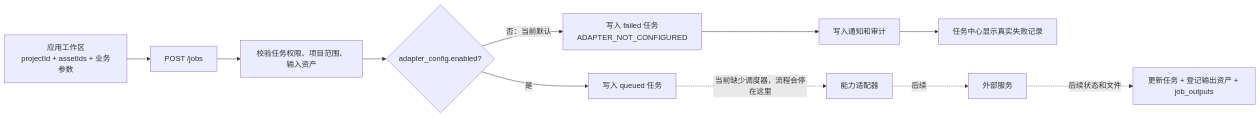
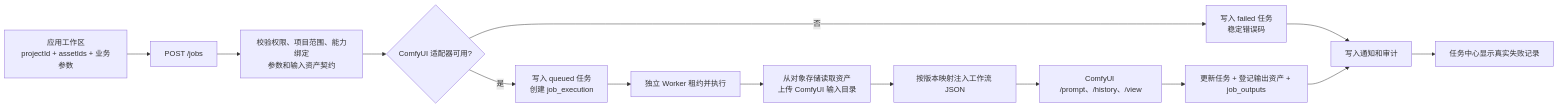
The ninth of 12 diagrams in docs/rail-platform/ARCHITECTURE.md (hywchina/vue-vben-admin), drawn with Mermaid before and after one commit. The commit also changed other lines of this file and 89 other files, not shown here.

````diff
--- a/docs/rail-platform/ARCHITECTURE.md
+++ b/docs/rail-platform/ARCHITECTURE.md
@@ -392,13 +392,16 @@
 ```mermaid
 flowchart LR
   Work["应用工作区<br/>projectId + assetIds + 业务参数"] --> JobAPI["POST /jobs"]
-  JobAPI --> Verify["校验任务权限、项目范围、输入资产"]
-  Verify --> Config{"adapter_config.enabled?"}
-  Config -->|"否：当前默认"| Failed["写入 failed 任务<br/>ADAPTER_NOT_CONFIGURED"]
+  JobAPI --> Verify["校验权限、项目范围、能力绑定<br/>参数和输入资产契约"]
+  Verify --> Config{"ComfyUI 适配器可用?"}
+  Config -->|"否"| Failed["写入 failed 任务<br/>稳定错误码"]
   Failed --> Notice["写入通知和审计"]
   Notice --> UI["任务中心显示真实失败记录"]
-  Config -->|"是"| Queued["写入 queued 任务"]
-  Queued -. "当前缺少调度器，流程会停在这里" .-> Adapter["能力适配器"]
-  Adapter -. "后续" .-> External["外部服务"]
-  External -. "后续状态和文件" .-> Output["更新任务 + 登记输出资产 + job_outputs"]
+  Config -->|"是"| Queued["写入 queued 任务<br/>创建 job_execution"]
+  Queued --> Worker["独立 Worker 租约并执行"]
+  Worker --> Inputs["从对象存储读取资产<br/>上传 ComfyUI 输入目录"]
+  Inputs --> Adapter["按版本映射注入工作流 JSON"]
+  Adapter --> External["ComfyUI /prompt、/history、/view"]
+  External --> Output["更新任务 + 登记输出资产 + job_outputs"]
+  Output --> Notice
 ```
````
